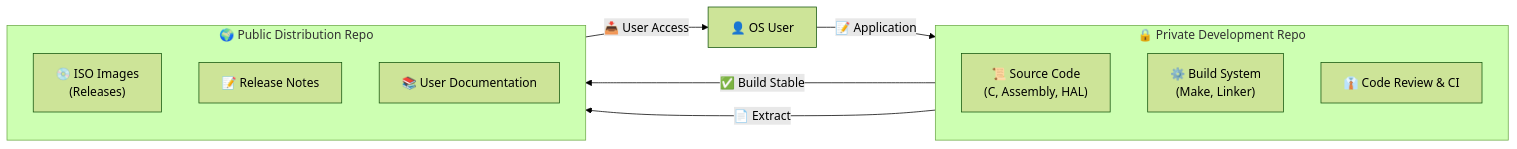
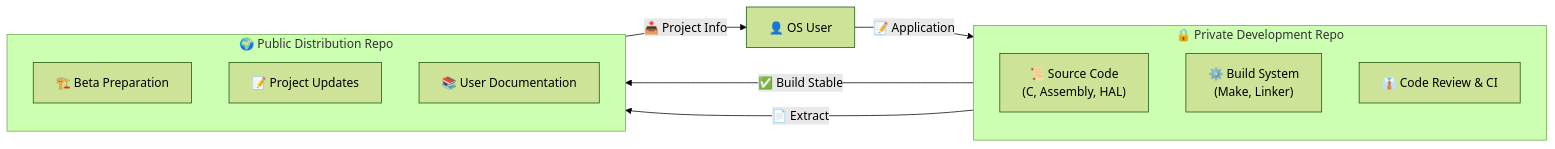
The first of 2 diagrams in REPOSITORY_RESTRUCTURING.md (DoguparthiAakash/Mithl), drawn with Mermaid (forest theme) before and after one commit. The commit also changed other lines of this file and 5 other files, not shown here.

````diff
--- a/REPOSITORY_RESTRUCTURING.md
+++ b/REPOSITORY_RESTRUCTURING.md
@@ -14,21 +13,21 @@
 ```mermaid
 flowchart LR
     subgraph Private ["🔒 Private Development Repo"]
         direction TB
         Code["📜 Source Code<br/>(C, Assembly, HAL)"]
         Build["⚙️ Build System<br/>(Make, Linker)"]
         Review["👔 Code Review & CI"]
     end
 
     subgraph Public ["🌍 Public Distribution Repo"]
         direction TB
-        ISO["💿 ISO Images<br/>(Releases)"]
-        Notes["📝 Release Notes"]
+        ReleasePrep["🏗️ Beta Preparation"]
+        Notes["📝 Project Updates"]
         Docs["📚 User Documentation"]
     end
 
-    Private -- "✅ Build Stable" --> ISO
+    Private -- "✅ Build Stable" --> ReleasePrep
     Private -- "📄 Extract" --> Notes
-    Public -- "📥 User Access" --> EndUser["👤 OS User"]
+    Public -- "📥 Project Info" --> EndUser["👤 OS User"]
     EndUser -- "📝 Application" --> Private
 ```
````
